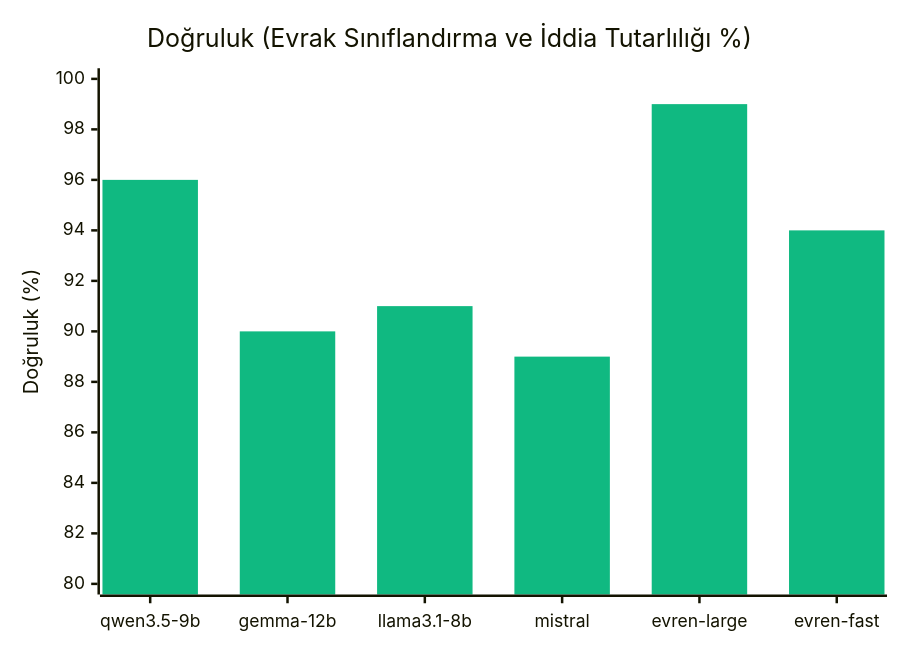
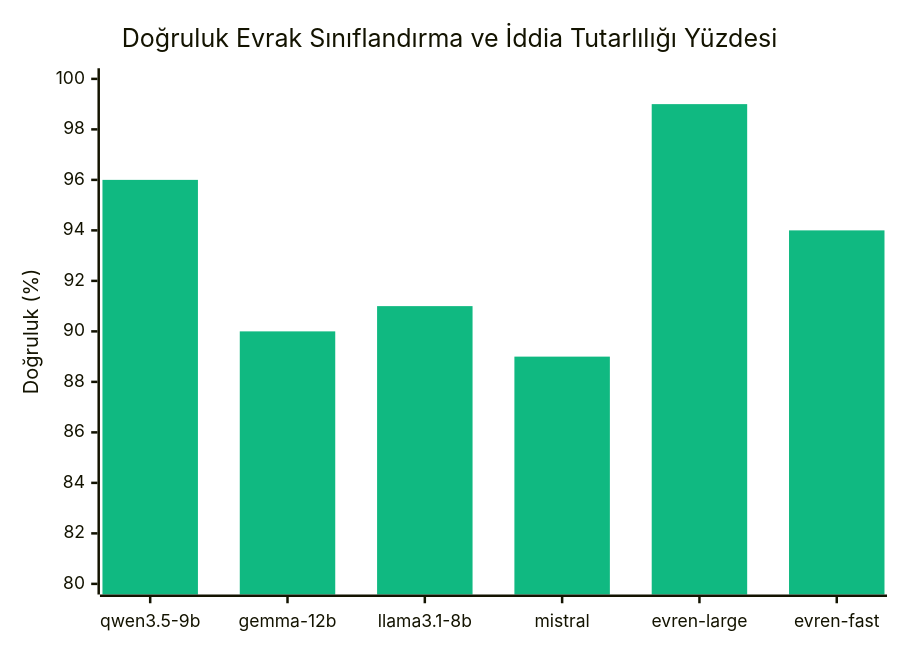
Diagram 13 of 17 in README.md (chyp3r/KACHOW-Teknofest-2026), drawn with Mermaid before and after one commit. The commit also changed other lines of this file and 1 other file, not shown here.

````diff
--- a/README.md
+++ b/README.md
@@ -619,8 +667,8 @@
 ```mermaid
 %%{init: { 'theme': 'base', 'themeVariables': { 'xyChart': {'plotColorPalette': '#10b981'} } } }%%
 xychart-beta
-    title "Doğruluk (Evrak Sınıflandırma ve İddia Tutarlılığı %)"
+    title "Doğruluk Evrak Sınıflandırma ve İddia Tutarlılığı Yüzdesi"
     x-axis ["qwen3.5-9b", "gemma-12b", "llama3.1-8b", "mistral", "evren-large", "evren-fast"]
     y-axis "Doğruluk (%)" 80 --> 100
     bar [96, 90, 91, 89, 99, 94]
 ```
````
